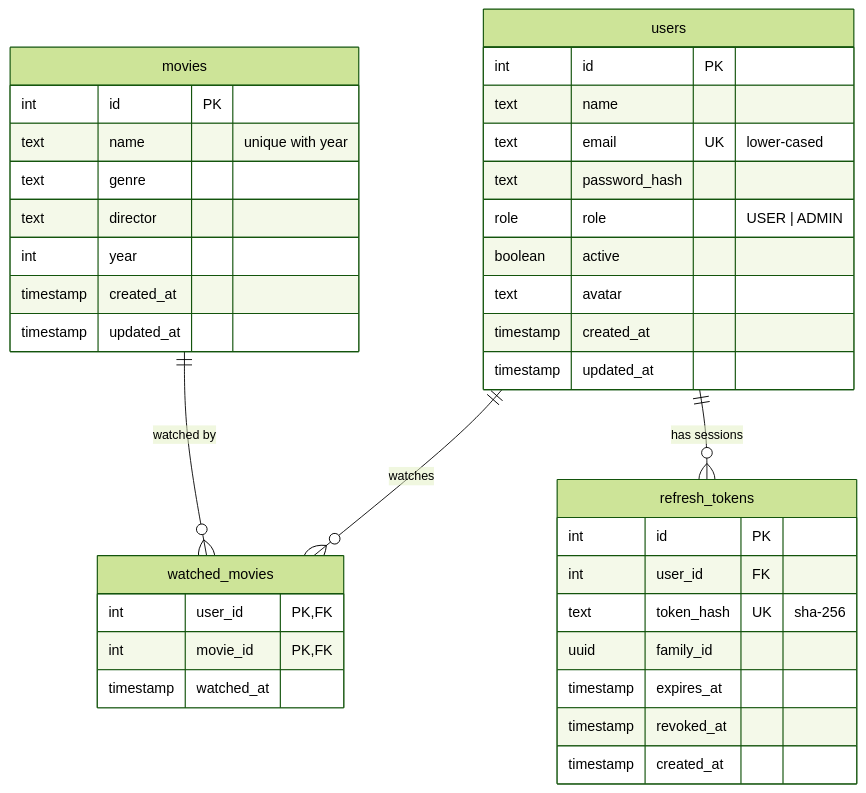
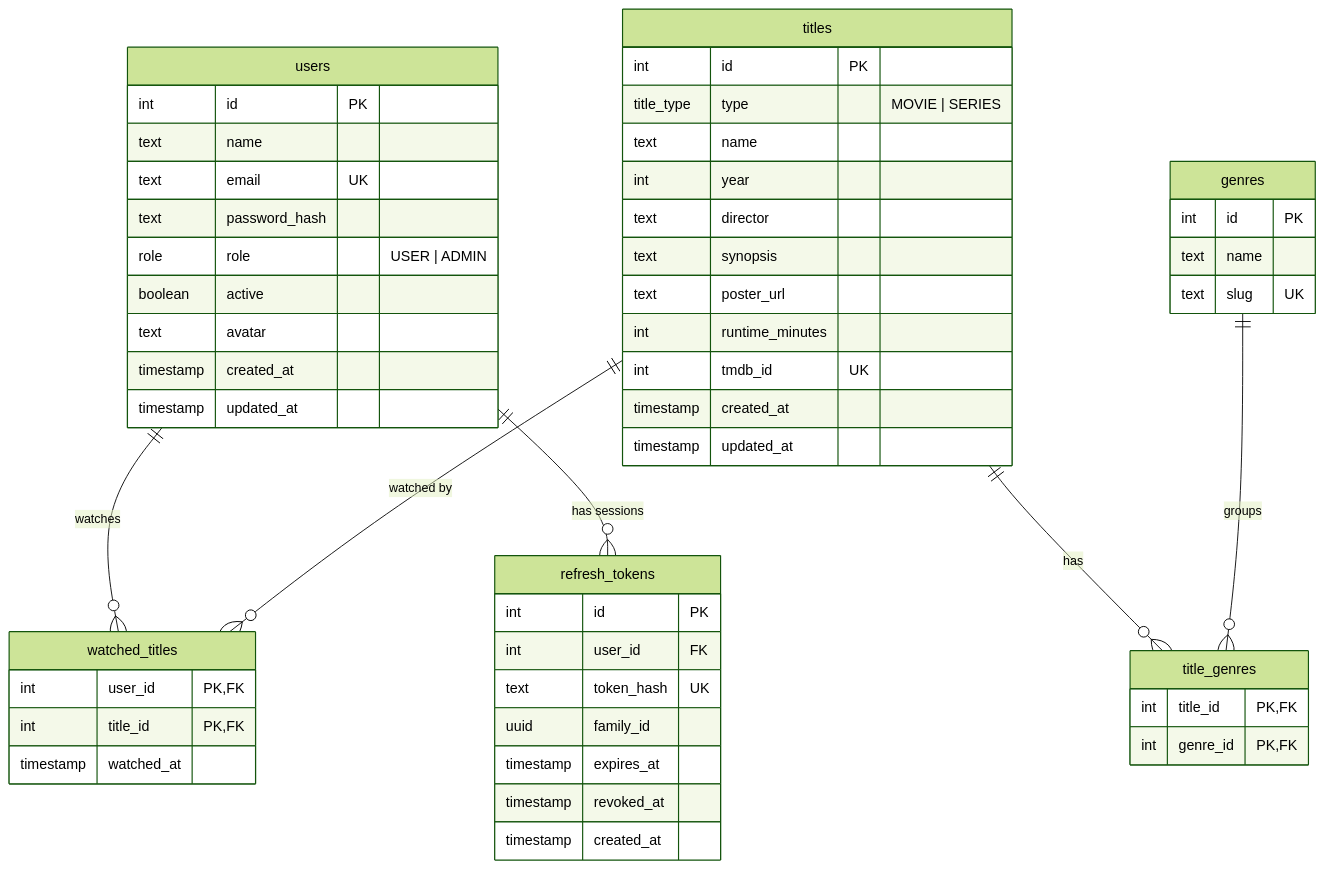
Before and after one commit to brunocmg/movie-catalog-api: the first of 3 diagrams in README.md, drawn with Mermaid (forest theme). The commit also changed other lines of this file and 32 other files, not shown here.

First line of the commit message:
refactor: unify movies and series in a title model

````diff
--- a/README.md
+++ b/README.md
@@ -75,40 +76,55 @@
 ```mermaid
 erDiagram
-  users ||--o{ watched_movies : watches
-  movies ||--o{ watched_movies : "watched by"
+  users ||--o{ watched_titles : watches
+  titles ||--o{ watched_titles : "watched by"
+  titles ||--o{ title_genres : has
+  genres ||--o{ title_genres : groups
   users ||--o{ refresh_tokens : "has sessions"
   users {
     int id PK
     text name
-    text email UK "lower-cased"
+    text email UK
     text password_hash
     role role "USER | ADMIN"
     boolean active
     text avatar
     timestamp created_at
     timestamp updated_at
   }
-  movies {
+  titles {
     int id PK
-    text name "unique with year"
-    text genre
+    title_type type "MOVIE | SERIES"
+    text name
+    int year
     text director
-    int year
+    text synopsis
+    text poster_url
+    int runtime_minutes
+    int tmdb_id UK
     timestamp created_at
     timestamp updated_at
   }
-  watched_movies {
+  genres {
+    int id PK
+    text name
+    text slug UK
+  }
+  title_genres {
+    int title_id PK,FK
+    int genre_id PK,FK
+  }
+  watched_titles {
     int user_id PK,FK
-    int movie_id PK,FK
+    int title_id PK,FK
     timestamp watched_at
   }
   refresh_tokens {
     int id PK
     int user_id FK
-    text token_hash UK "sha-256"
+    text token_hash UK
     uuid family_id
     timestamp expires_at
     timestamp revoked_at
     timestamp created_at
   }
 ```
````
